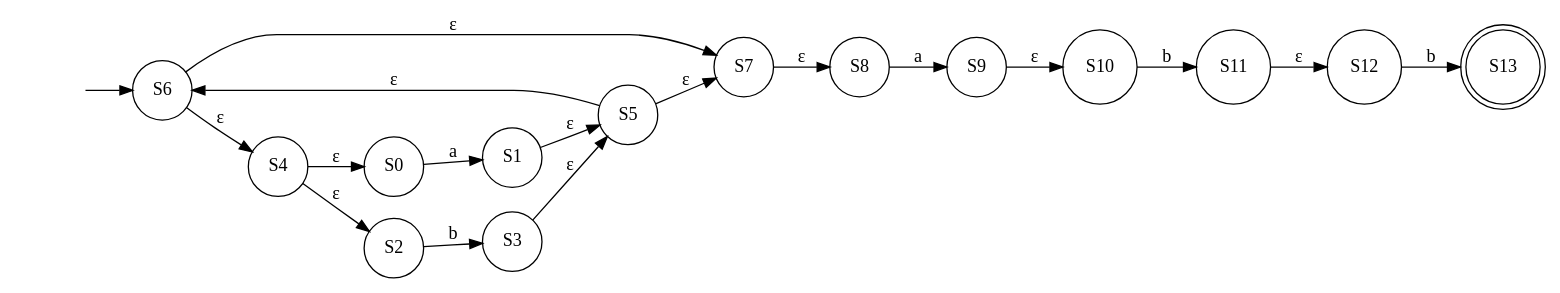
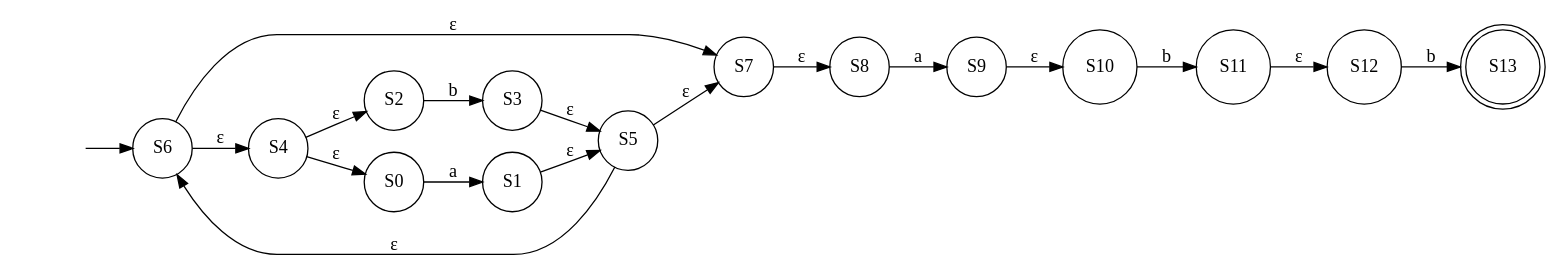
The diagram in NFA.gv (youssefhassan01/Compilers_Assignment), drawn with Graphviz before and after one commit. The commit also changed other lines of this file and 2 other files, not shown here.

```diff
--- a/NFA.gv
+++ b/NFA.gv
@@ -1,35 +1,35 @@
 digraph NFA {
 	graph [rankdir=LR]
 	"" [label="" shape=plaintext]
 	S13 [label=S13 shape=doublecircle]
+	S10 [label=S10 shape=circle]
+	S12 [label=S12 shape=circle]
+	S11 [label=S11 shape=circle]
+	S6 [label=S6 shape=circle]
+	S7 [label=S7 shape=circle]
+	S4 [label=S4 shape=circle]
+	S3 [label=S3 shape=circle]
+	S1 [label=S1 shape=circle]
+	S2 [label=S2 shape=circle]
+	S5 [label=S5 shape=circle]
+	S9 [label=S9 shape=circle]
 	S8 [label=S8 shape=circle]
-	S5 [label=S5 shape=circle]
-	S7 [label=S7 shape=circle]
-	S10 [label=S10 shape=circle]
-	S9 [label=S9 shape=circle]
-	S6 [label=S6 shape=circle]
-	S11 [label=S11 shape=circle]
-	S2 [label=S2 shape=circle]
-	S12 [label=S12 shape=circle]
 	S0 [label=S0 shape=circle]
-	S3 [label=S3 shape=circle]
-	S4 [label=S4 shape=circle]
-	S1 [label=S1 shape=circle]
 	"" -> S6 [label=""]
 	S0 -> S1 [label=a]
 	S1 -> S5 [label="ε"]
 	S2 -> S3 [label=b]
 	S3 -> S5 [label="ε"]
+	S4 -> S2 [label="ε"]
 	S4 -> S0 [label="ε"]
-	S4 -> S2 [label="ε"]
+	S5 -> S6 [label="ε"]
 	S5 -> S7 [label="ε"]
-	S5 -> S6 [label="ε"]
 	S6 -> S7 [label="ε"]
 	S6 -> S4 [label="ε"]
 	S7 -> S8 [label="ε"]
 	S8 -> S9 [label=a]
 	S9 -> S10 [label="ε"]
 	S10 -> S11 [label=b]
 	S11 -> S12 [label="ε"]
 	S12 -> S13 [label=b]
 }
```
